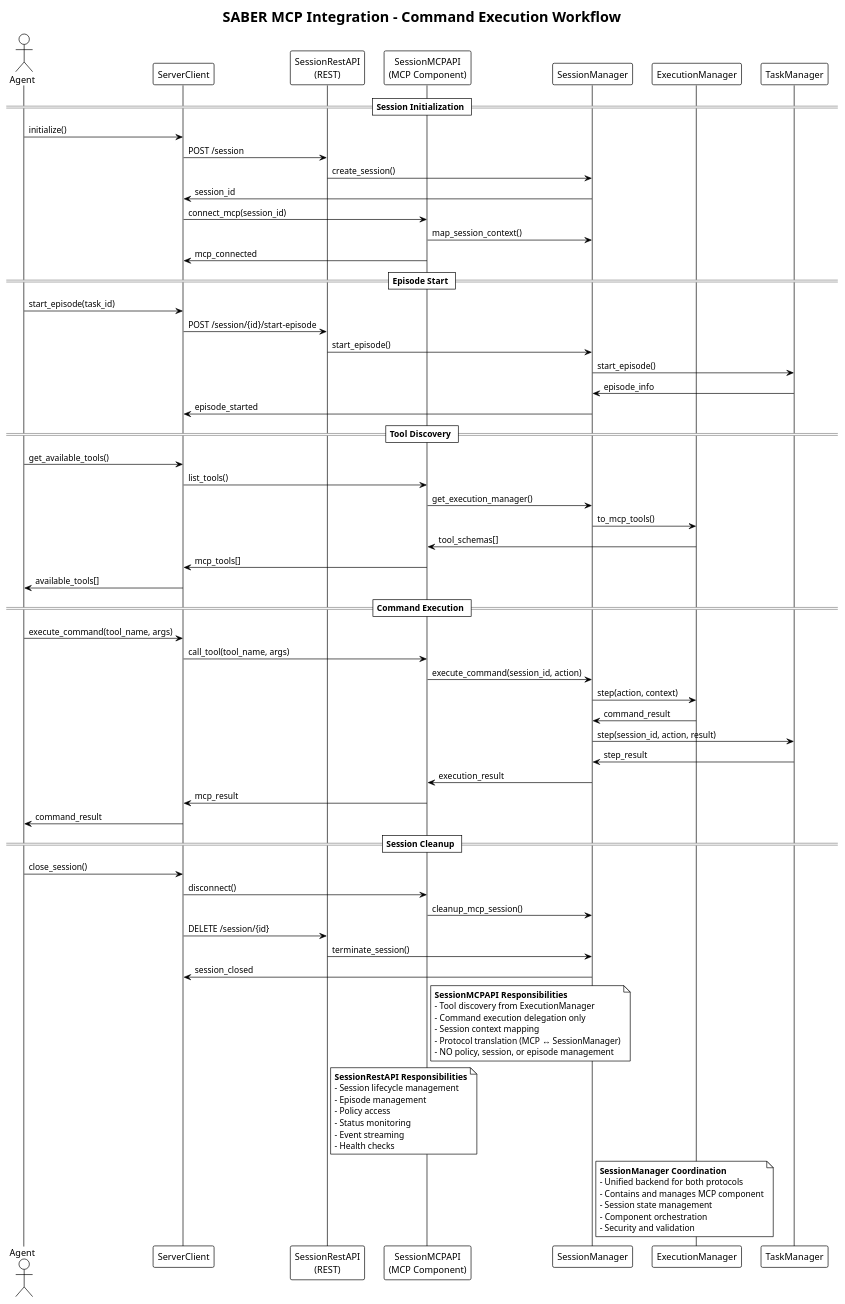
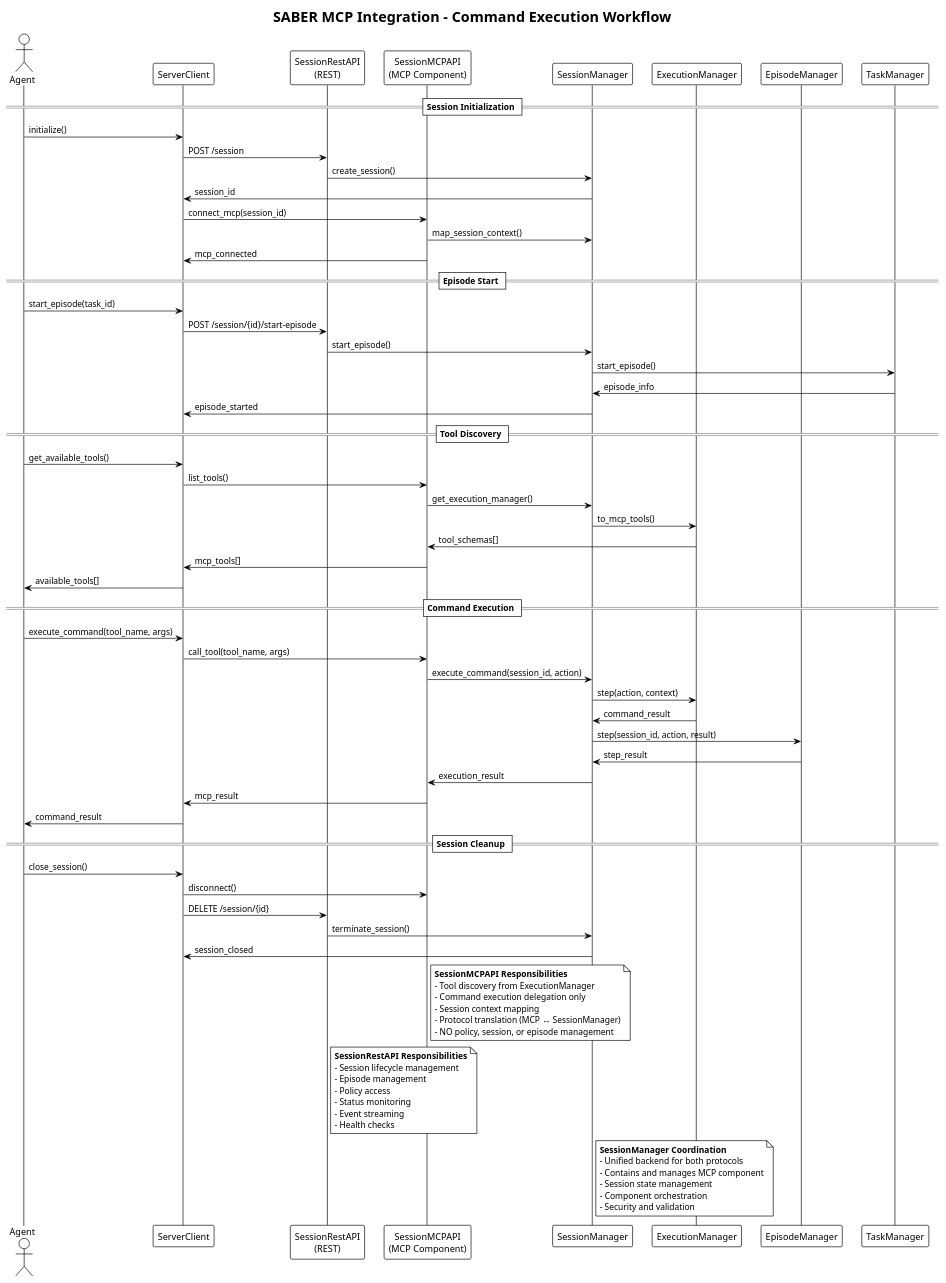
One commit to microsoft/ACES changed the diagram in docs/mcp_integration_sequence.puml. Above: the diagram before and after it, drawn with PlantUML. The commit also changed 75 other files, not shown here.

```diff
--- a/docs/mcp_integration_sequence.puml
+++ b/docs/mcp_integration_sequence.puml
@@ -1,88 +1,88 @@
 @startuml MCP Integration Workflow
 
 !theme plain
 title SABER MCP Integration - Command Execution Workflow
 
 actor Agent
 participant "ServerClient" as Client
 participant "SessionRestAPI\n(REST)" as REST
 participant "SessionMCPAPI\n(MCP Component)" as MCP
 participant "SessionManager" as SM
-participant "ExecutionManager" as EM
+participant "ExecutionManager" as EM_EXEC
+participant "EpisodeManager" as EM_EP
 participant "TaskManager" as TM
 
 == Session Initialization ==
 Agent -> Client: initialize()
 Client -> REST: POST /session
 REST -> SM: create_session()
 SM -> Client: session_id
 Client -> MCP: connect_mcp(session_id)
 MCP -> SM: map_session_context()
 MCP -> Client: mcp_connected
 
 == Episode Start ==
 Agent -> Client: start_episode(task_id)
 Client -> REST: POST /session/{id}/start-episode
 REST -> SM: start_episode()
 SM -> TM: start_episode()
 TM -> SM: episode_info
 SM -> Client: episode_started
 
 == Tool Discovery ==
 Agent -> Client: get_available_tools()
 Client -> MCP: list_tools()
 MCP -> SM: get_execution_manager()
-SM -> EM: to_mcp_tools()
-EM -> MCP: tool_schemas[]
+SM -> EM_EXEC: to_mcp_tools()
+EM_EXEC -> MCP: tool_schemas[]
 MCP -> Client: mcp_tools[]
 Client -> Agent: available_tools[]
 
 == Command Execution ==
 Agent -> Client: execute_command(tool_name, args)
 Client -> MCP: call_tool(tool_name, args)
 MCP -> SM: execute_command(session_id, action)
-SM -> EM: step(action, context)
-EM -> SM: command_result
-SM -> TM: step(session_id, action, result)
-TM -> SM: step_result
+SM -> EM_EXEC: step(action, context)
+EM_EXEC -> SM: command_result
+SM -> EM_EP: step(session_id, action, result)
+EM_EP -> SM: step_result
 SM -> MCP: execution_result
 MCP -> Client: mcp_result
 Client -> Agent: command_result
 
 == Session Cleanup ==
 Agent -> Client: close_session()
 Client -> MCP: disconnect()
-MCP -> SM: cleanup_mcp_session()
 Client -> REST: DELETE /session/{id}
 REST -> SM: terminate_session()
 SM -> Client: session_closed
 
 note right of MCP
 **SessionMCPAPI Responsibilities**
 - Tool discovery from ExecutionManager
 - Command execution delegation only
 - Session context mapping
 - Protocol translation (MCP ↔ SessionManager)
 - NO policy, session, or episode management
 end note
 
 note right of REST
 **SessionRestAPI Responsibilities**
 - Session lifecycle management
 - Episode management
 - Policy access
 - Status monitoring
 - Event streaming
 - Health checks
 end note
 
 note right of SM
 **SessionManager Coordination**
 - Unified backend for both protocols
 - Contains and manages MCP component
 - Session state management
 - Component orchestration
 - Security and validation
 end note
 
 @enduml
```
